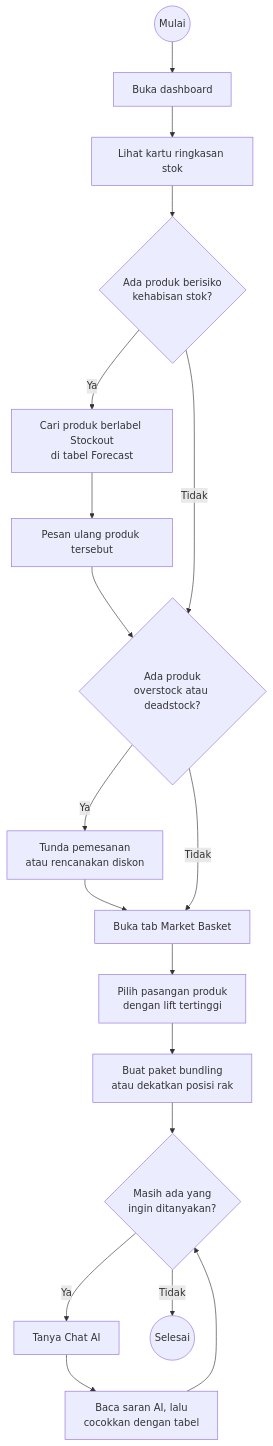
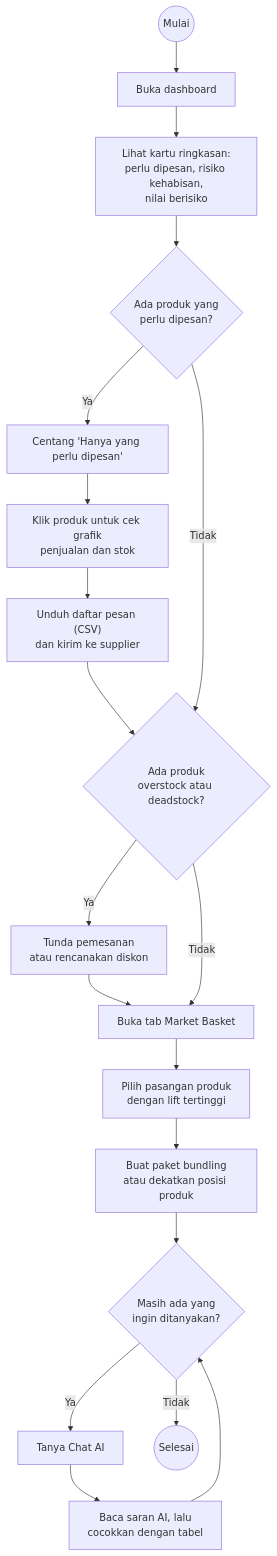
One commit to rivaldimhr/retail-inventory-ai changed the third of 5 diagrams in README.md. Above: the diagram before and after it, drawn with Mermaid. The commit also changed other lines of this file and 9775 other files, not shown here.

````diff
--- a/README.md
+++ b/README.md
@@ -163,20 +203,21 @@
 ```mermaid
 flowchart TD
     S(("Mulai")) --> A["Buka dashboard"]
-    A --> B["Lihat kartu ringkasan stok"]
-    B --> C{"Ada produk berisiko<br/>kehabisan stok?"}
-    C -- Ya --> D["Cari produk berlabel Stockout<br/>di tabel Forecast"]
-    D --> E["Pesan ulang produk tersebut"]
-    E --> F
+    A --> B["Lihat kartu ringkasan:<br/>perlu dipesan, risiko kehabisan,<br/>nilai berisiko"]
+    B --> C{"Ada produk yang<br/>perlu dipesan?"}
+    C -- Ya --> D["Centang 'Hanya yang perlu dipesan'"]
+    D --> E["Klik produk untuk cek grafik<br/>penjualan dan stok"]
+    E --> E2["Unduh daftar pesan (CSV)<br/>dan kirim ke supplier"]
+    E2 --> F
     C -- Tidak --> F{"Ada produk<br/>overstock atau deadstock?"}
     F -- Ya --> G["Tunda pemesanan<br/>atau rencanakan diskon"]
     G --> H
     F -- Tidak --> H["Buka tab Market Basket"]
     H --> I["Pilih pasangan produk<br/>dengan lift tertinggi"]
-    I --> J["Buat paket bundling<br/>atau dekatkan posisi rak"]
+    I --> J["Buat paket bundling<br/>atau dekatkan posisi produk"]
     J --> K{"Masih ada yang<br/>ingin ditanyakan?"}
     K -- Ya --> L["Tanya Chat AI"]
     L --> M["Baca saran AI, lalu<br/>cocokkan dengan tabel"]
     M --> K
     K -- Tidak --> Z(("Selesai"))
 ```
````
